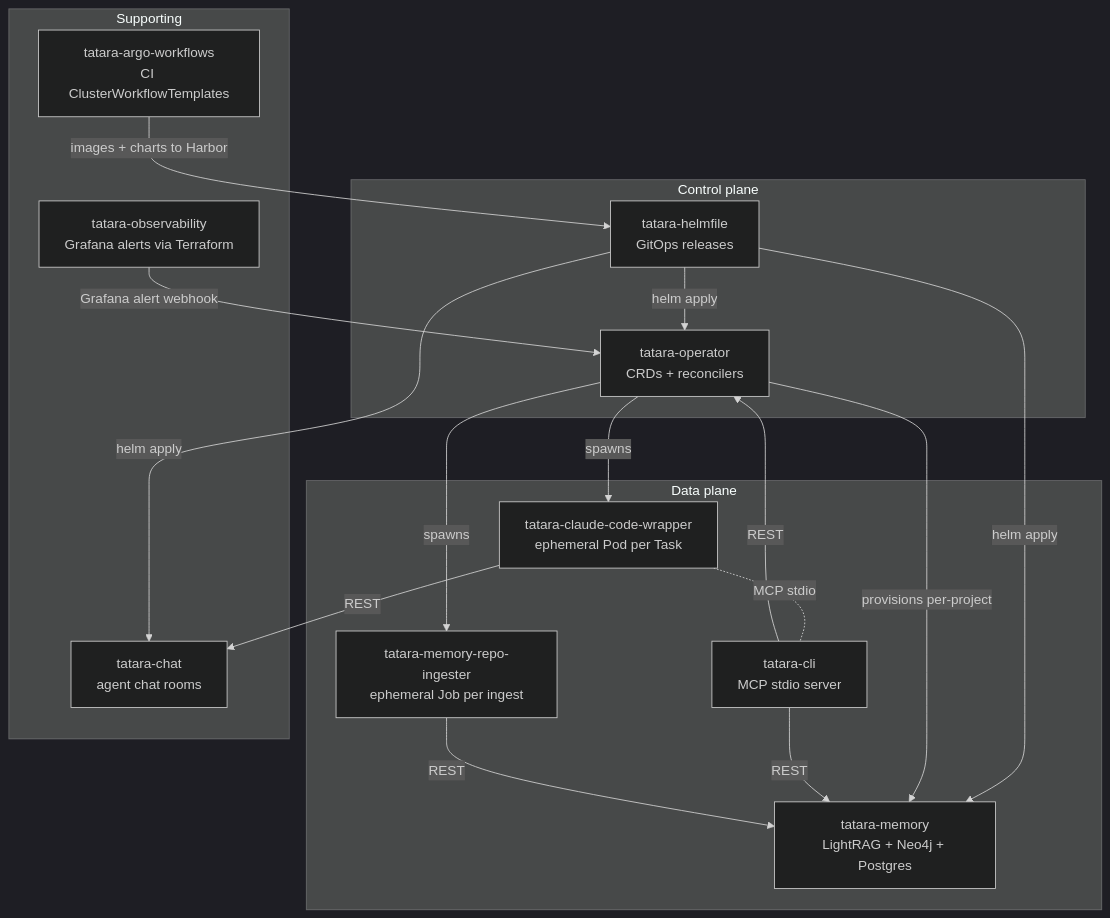
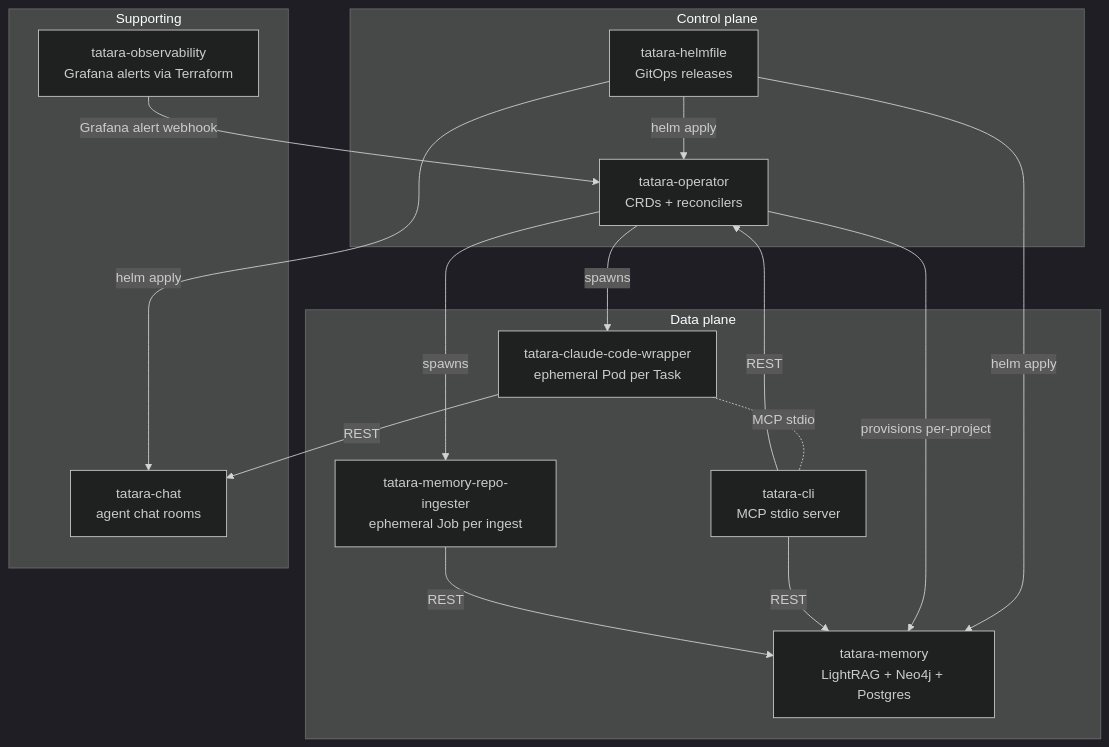
One commit to szymonrychu/tatara-documentation changed the third of 3 diagrams in docs/components/index.md. Above: the diagram before and after it, drawn with Mermaid (dark theme). The commit also changed other lines of this file and 6 other files, not shown here.

Commit message:
docs: remove tatara-argo-workflows (decommissioned; in-cluster argo is unrelated infra)

````diff
--- a/docs/components/index.md
+++ b/docs/components/index.md
@@ -275,34 +263,32 @@
 ```mermaid
 graph TB
     subgraph CP["Control plane"]
         Op[tatara-operator\nCRDs + reconcilers]
         HF[tatara-helmfile\nGitOps releases]
     end
 
     subgraph DP["Data plane"]
         Mem[tatara-memory\nLightRAG + Neo4j + Postgres]
         Cli[tatara-cli\nMCP stdio server]
         Wrap[tatara-claude-code-wrapper\nephemeral Pod per Task]
         Ing[tatara-memory-repo-ingester\nephemeral Job per ingest]
     end
 
     subgraph Sup["Supporting"]
         Obs[tatara-observability\nGrafana alerts via Terraform]
-        ArgoW[tatara-argo-workflows\nCI ClusterWorkflowTemplates]
         Chat[tatara-chat\nagent chat rooms]
     end
 
     HF -->|helm apply| Op
     HF -->|helm apply| Mem
     HF -->|helm apply| Chat
     Op -->|spawns| Wrap
     Op -->|spawns| Ing
     Op -->|provisions per-project| Mem
     Wrap -.-|MCP stdio| Cli
     Cli -->|REST| Mem
     Cli -->|REST| Op
     Wrap -->|REST| Chat
     Ing -->|REST| Mem
     Obs -->|Grafana alert webhook| Op
-    ArgoW -->|images + charts to Harbor| HF
 ```
````
